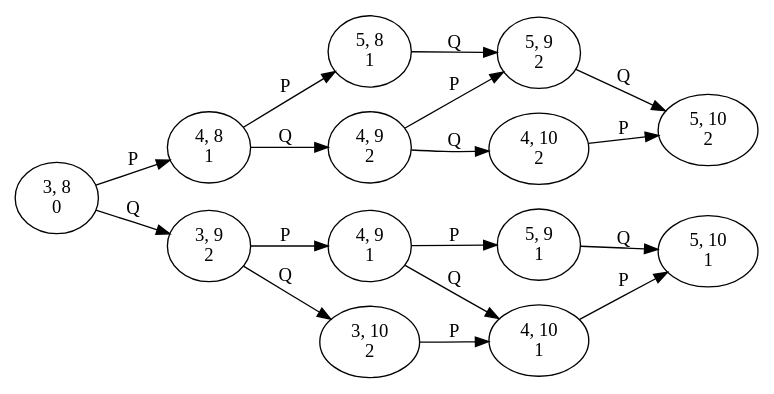
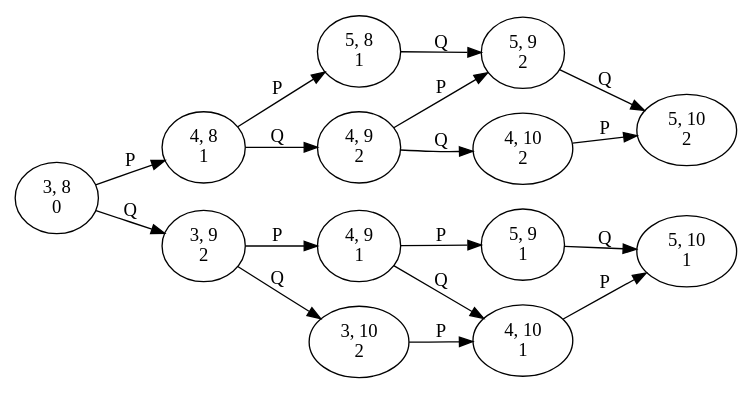
Before and after one commit to fdamken/summaries: the diagram in summaries/cs/mandatory/fs4/fmse/promela-interference.dot, drawn with Graphviz. The commit also changed 8 other files, not shown here.

```diff
--- a/summaries/cs/mandatory/fs4/fmse/promela-interference.dot
+++ b/summaries/cs/mandatory/fs4/fmse/promela-interference.dot
@@ -1,30 +1,30 @@
 digraph G {
     rankdir = LR;
 
-    "3, 8\n0" -> "4, 8\n1" [ label = " P" ];
-    "3, 8\n0" -> "3, 9\n2" [ label = " Q" ];
+    "3, 8\n0" -> "4, 8\n1" [ label = "P" ];
+    "3, 8\n0" -> "3, 9\n2" [ label = "Q" ];
 
-    "4, 8\n1" -> "5, 8\n1" [ label = " P" ];
-    "4, 8\n1" -> "4, 9\n2" [ label = " Q" ];
+    "4, 8\n1" -> "5, 8\n1" [ label = "P" ];
+    "4, 8\n1" -> "4, 9\n2" [ label = "Q" ];
 
-    "5, 8\n1" -> "5, 9\n2" [ label = " Q" ];
+    "5, 8\n1" -> "5, 9\n2" [ label = "Q" ];
 
-    "5, 9\n2" -> "5, 10\n2" [ label = " Q" ];
+    "5, 9\n2" -> "5, 10\n2" [ label = "Q" ];
 
-    "4, 9\n2" -> "5, 9\n2" [ label = " P" ];
-    "4, 9\n2" -> "4, 10\n2" [ label = " Q" ];
+    "4, 9\n2" -> "5, 9\n2" [ label = "P" ];
+    "4, 9\n2" -> "4, 10\n2" [ label = "Q" ];
 
-    "4, 10\n2" -> "5, 10\n2" [ label = " P" ];
+    "4, 10\n2" -> "5, 10\n2" [ label = "P" ];
 
-    "3, 9\n2" -> "4, 9\n1" [ label = " P" ];
-    "3, 9\n2" -> "3, 10\n2" [ label = " Q" ];
+    "3, 9\n2" -> "4, 9\n1" [ label = "P" ];
+    "3, 9\n2" -> "3, 10\n2" [ label = "Q" ];
 
-    "4, 9\n1" -> "5, 9\n1" [ label = " P" ];
-    "4, 9\n1" -> "4, 10\n1" [ label = " Q" ];
+    "4, 9\n1" -> "5, 9\n1" [ label = "P" ];
+    "4, 9\n1" -> "4, 10\n1" [ label = "Q" ];
 
-    "5, 9\n1" -> "5, 10\n1" [ label = " Q" ];
+    "5, 9\n1" -> "5, 10\n1" [ label = "Q" ];
 
-    "4, 10\n1" -> "5, 10\n1" [ label = " P" ];
+    "4, 10\n1" -> "5, 10\n1" [ label = "P" ];
 
-    "3, 10\n2" -> "4, 10\n1" [ label = " P" ];
+    "3, 10\n2" -> "4, 10\n1" [ label = "P" ];
 }
```
